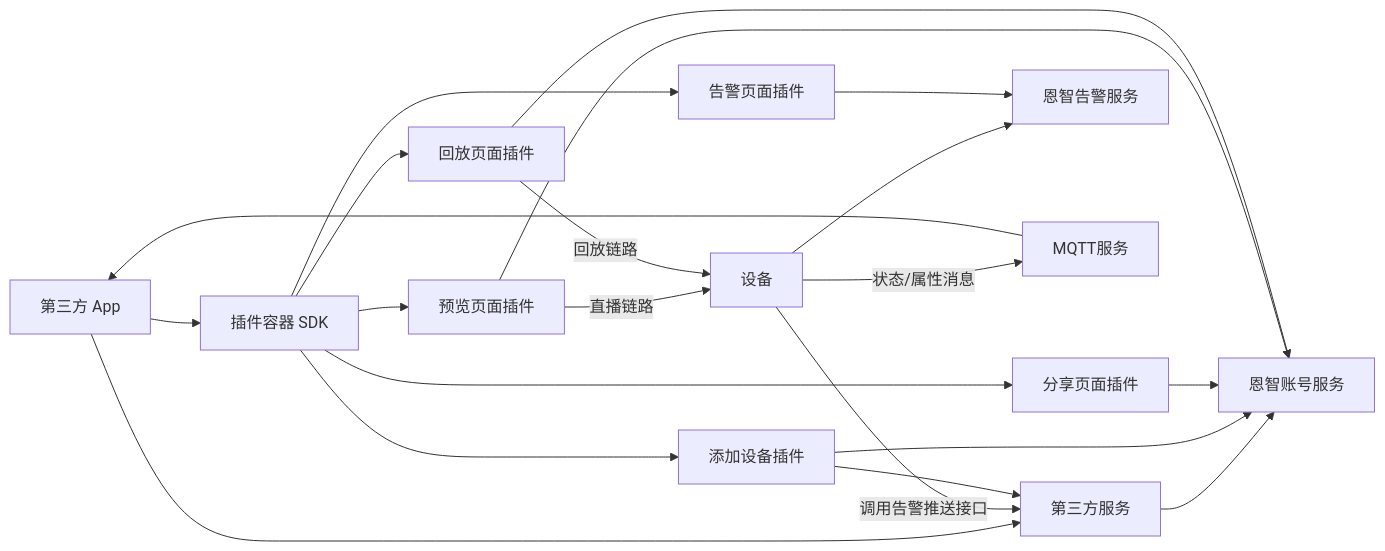
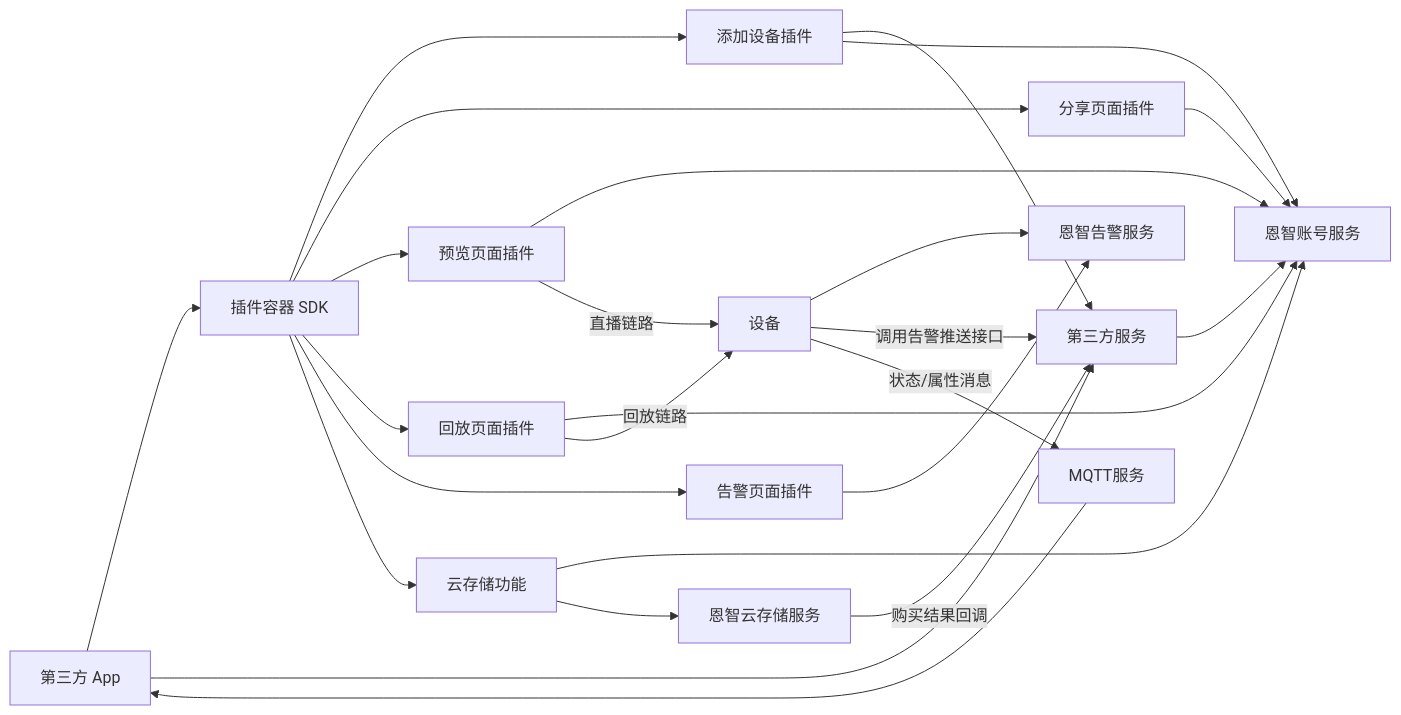
Before and after one commit to itmanlee/IoT-Device-Plugin-Framework: the first of 15 diagrams in App端物联网设备模块插件化开发方案.md, drawn with Mermaid. The commit also changed other lines of this file, not shown here.

````diff
--- a/App端物联网设备模块插件化开发方案.md
+++ b/App端物联网设备模块插件化开发方案.md
@@ -33,26 +33,30 @@
 ```mermaid
 flowchart LR
     A[第三方 App] --> B[插件容器 SDK]
     B --> C1[添加设备插件]
     B --> C2[分享页面插件]
     B --> C3[预览页面插件]
     B --> C4[回放页面插件]
     B --> C5[告警页面插件]
+    B --> C6[云存储功能]
 
     A --> D[第三方服务]
     D --> E[恩智账号服务]
     I[设备] --> G[恩智告警服务]
     I -->|调用告警推送接口| D
+    J[恩智云存储服务] -->|购买结果回调| D
 
     C1 --> D
     C1 --> E
     C2 --> E
     C3 --> E
     C3 -->|直播链路| I
     C4 --> E
     C4 -->|回放链路| I
     C5 --> G
+    C6 --> E
+    C6 --> J
 
     I -->|状态/属性消息| H
     H[MQTT服务] --> A
 ```
````
